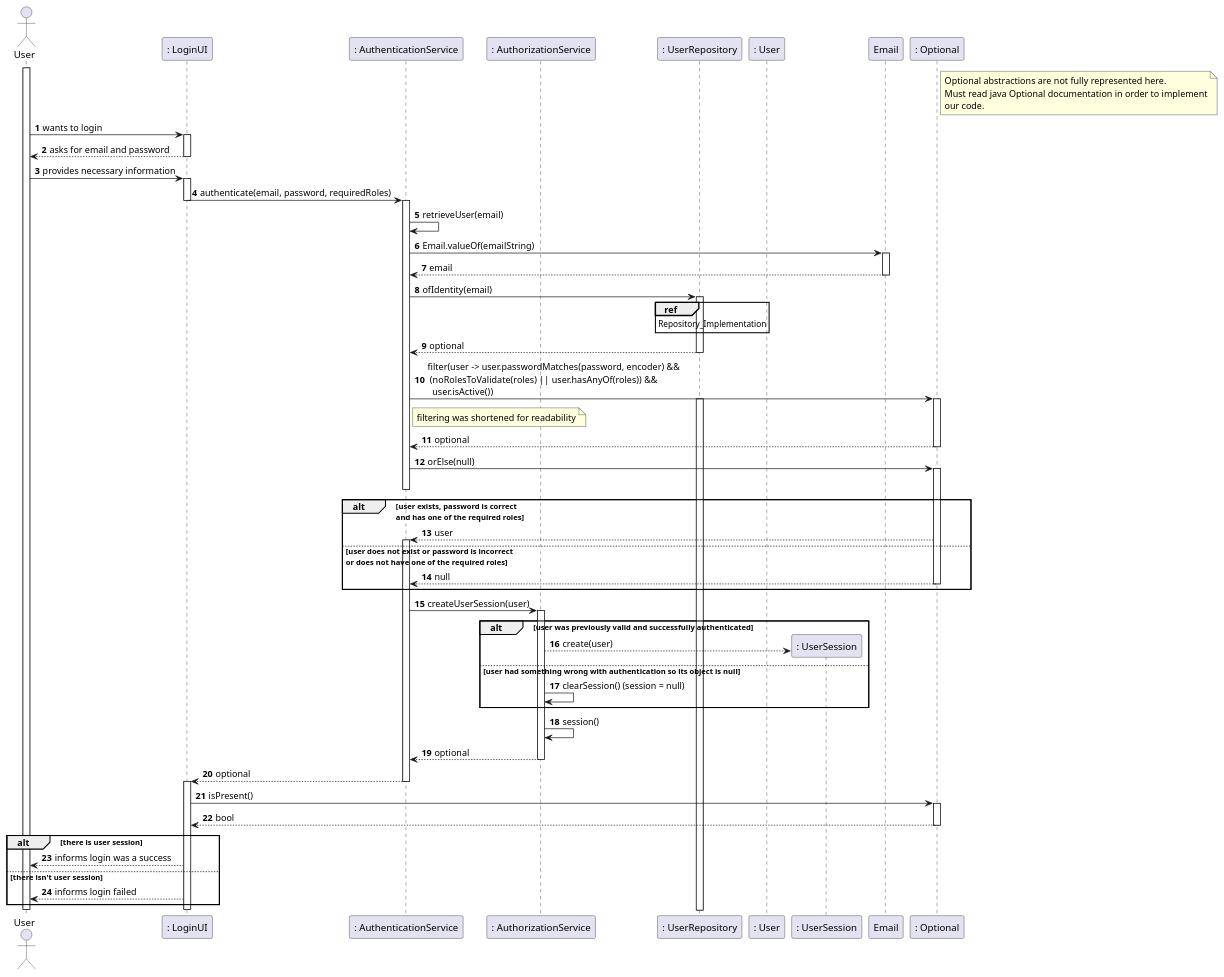
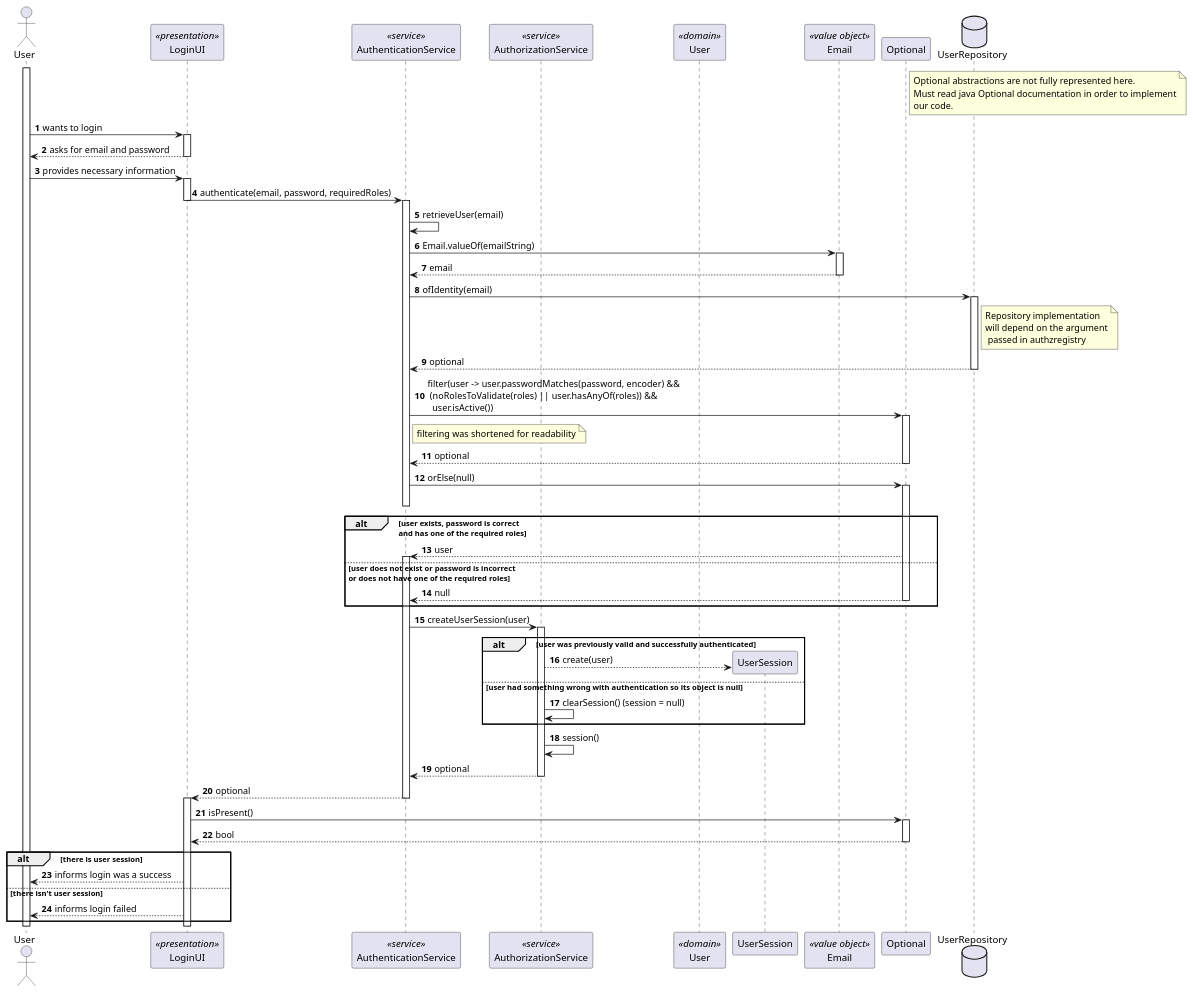
Before and after one commit to brunacosta03/sem4pi_22_23: the diagram in docs/SPRINT A/US_G006/Design/AuthenticationSequenceDiagram/SD.puml, drawn with PlantUML. The commit also changed 6 other files, not shown here.

Commit message:
docs: authentication, authorization and registry design complete, explanation of patterns used and diagrams norms changed #5

```diff
--- a/docs/SPRINT A/US_G006/Design/AuthenticationSequenceDiagram/SD.puml
+++ b/docs/SPRINT A/US_G006/Design/AuthenticationSequenceDiagram/SD.puml
@@ -1,97 +1,92 @@
 @startuml
-'https://plantuml.com/sequence-diagram
-
 autonumber
 actor "User" as userActor
 
-participant ": LoginUI" as ui
-participant ": AuthenticationService" as auth
-participant ": AuthorizationService" as authz
-participant ": UserRepository" as userRepo
-participant ": User" as user
-participant ": UserSession" as session
-participant "Email" as email
-participant ": Optional" as optional
+participant "LoginUI" as ui <<presentation>>
+participant "AuthenticationService" as auth <<service>>
+participant "AuthorizationService" as authz <<service>>
+participant "User" as user <<domain>>
+participant UserSession  as session
+participant "Email" as email <<value object>>
+participant "Optional" as optional
+database "UserRepository" as userRepo
 
 note right of optional
     Optional abstractions are not fully represented here.
     Must read java Optional documentation in order to implement
     our code.
 end note
 
 activate userActor
     userActor -> ui : wants to login
 activate ui
     ui --> userActor : asks for email and password
 deactivate ui
     userActor -> ui : provides necessary information
 activate ui
     ui -> auth : authenticate(email, password, requiredRoles)
 deactivate ui
 
 
 activate auth
     auth -> auth : retrieveUser(email)
     auth -> email: Email.valueOf(emailString)
 activate email
     email --> auth : email
 deactivate email
     auth -> userRepo : ofIdentity(email)
 activate userRepo
-ref over userRepo
-    Repository_Implementation
-end ref
+    note right of userRepo: Repository implementation \nwill depend on the argument\n passed in authzregistry
     userRepo --> auth : optional
 deactivate userRepo
     auth -> optional : filter(user -> user.passwordMatches(password, encoder) &&\n (noRolesToValidate(roles) || user.hasAnyOf(roles)) &&\n  user.isActive())
     note right of auth: filtering was shortened for readability
 
-activate userRepo
 
 
 activate optional
     optional --> auth : optional
 deactivate optional
     auth -> optional : orElse(null)
 activate optional
 deactivate auth
     alt user exists, password is correct\nand has one of the required roles
         optional --> auth: user
 activate auth
     else user does not exist or password is incorrect\nor does not have one of the required roles
         optional --> auth: null
 deactivate optional
     end alt
 
     auth -> authz : createUserSession(user)
 activate authz
     alt user was previously valid and successfully authenticated
         authz --> session** : create(user)
 
     else user had something wrong with authentication so its object is null
         authz -> authz : clearSession() (session = null)
     end alt
     authz -> authz : session()
     authz --> auth : optional
 deactivate
     auth --> ui : optional
 deactivate auth
 activate ui
     ui -> optional : isPresent()
     activate optional
     optional --> ui : bool
     deactivate optional
     alt there is user session
         ui --> userActor : informs login was a success
     else there isn't user session
         ui --> userActor : informs login failed
     end alt
 deactivate authz
 deactivate auth
 deactivate ui
 deactivate userActor
 
 
 
 
 @enduml
```
